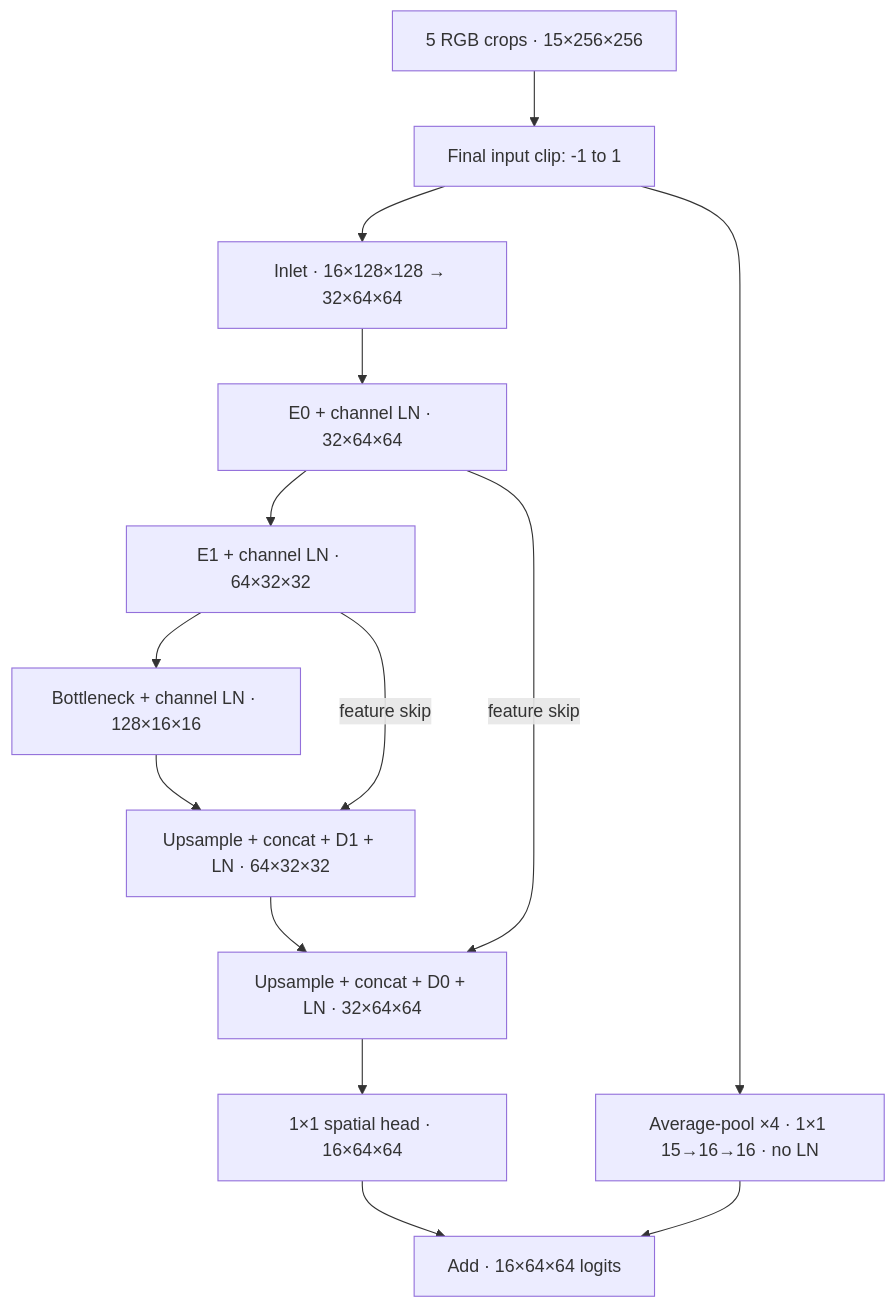
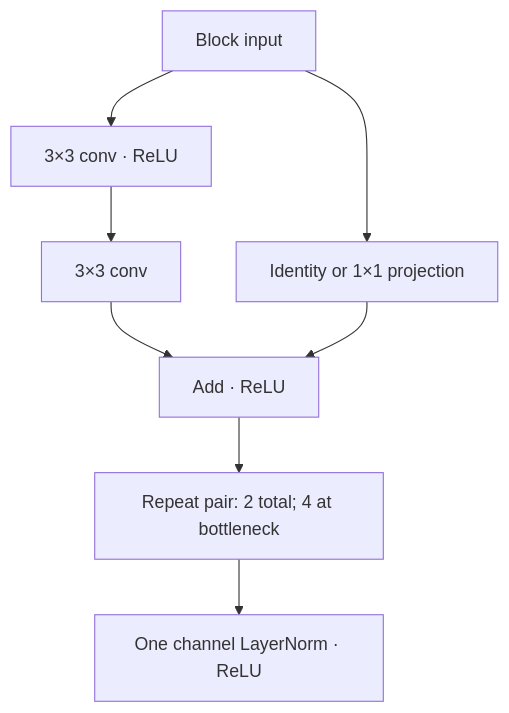
One commit to magnux/neural_cryptography changed the second of 2 diagrams in docs/OPTICAL_DECODER.md. Above: the diagram before and after it, drawn with Mermaid. The commit also changed other lines of this file and 17 other files, not shown here.

````diff
--- a/docs/OPTICAL_DECODER.md
+++ b/docs/OPTICAL_DECODER.md
@@ -89,16 +99,10 @@
 ```mermaid
 flowchart TD
-  I["5 RGB crops · 15×256×256"] --> C["Final input clip: -1 to 1"]
-  C --> S["Inlet · 16×128×128 → 32×64×64"]
-  S --> E0["E0 + channel LN · 32×64×64"]
-  E0 --> E1["E1 + channel LN · 64×32×32"]
-  E1 --> B["Bottleneck + channel LN · 128×16×16"]
-  B --> D1["Upsample + concat + D1 + LN · 64×32×32"]
-  E1 -->|feature skip| D1
-  D1 --> D0["Upsample + concat + D0 + LN · 32×64×64"]
-  E0 -->|feature skip| D0
-  D0 --> H["1×1 spatial head · 16×64×64"]
-  C --> R["Average-pool ×4 · 1×1 15→16→16 · no LN"]
-  H --> A["Add · 16×64×64 logits"]
-  R --> A
+  X["Block input"] --> C1["3×3 conv · ReLU"]
+  C1 --> C2["3×3 conv"]
+  X --> S["Identity or 1×1 projection"]
+  C2 --> A["Add · ReLU"]
+  S --> A
+  A --> R["Repeat pair: 2 total; 4 at bottleneck"]
+  R --> N["One channel LayerNorm · ReLU"]
 ```
````
